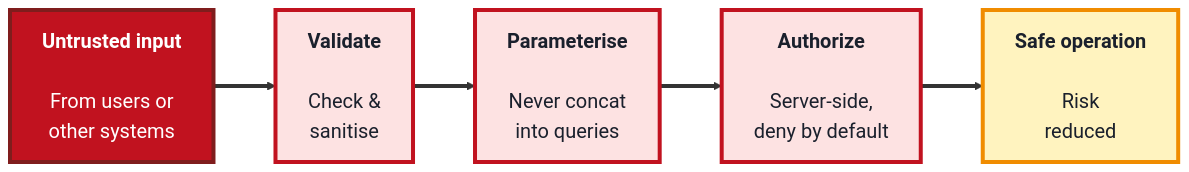
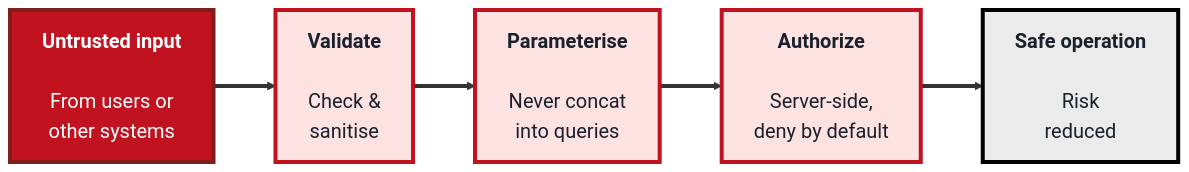
Before and after one commit to SHEMODELTECH/shemodeltech: the first of 2 diagrams in src/Pages/courses/TechGuard/module-8-secure-coding.md, drawn with Mermaid. The commit also changed other lines of this file and 46 other files, not shown here.

````diff
--- a/src/Pages/courses/TechGuard/module-8-secure-coding.md
+++ b/src/Pages/courses/TechGuard/module-8-secure-coding.md
@@ -20,18 +20,18 @@
 ```mermaid
 %%{init: {'theme':'base', 'themeVariables': {'fontSize':'20px', 'primaryTextColor':'#1a202c', 'primaryBorderColor':'#7f1d1d', 'lineColor':'#333333'}, 'flowchart': {'nodeSpacing': 50, 'rankSpacing': 62, 'padding': 16}}}%%
 flowchart LR
     IN["<b>Untrusted input</b><br/><br/>From users or<br/>other systems"]
     VAL["<b>Validate</b><br/><br/>Check &<br/>sanitise"]
     PAR["<b>Parameterise</b><br/><br/>Never concat<br/>into queries"]
     AUTHZ["<b>Authorize</b><br/><br/>Server-side,<br/>deny by default"]
     SAFE["<b>Safe operation</b><br/><br/>Risk<br/>reduced"]
 
     IN ==> VAL ==> PAR ==> AUTHZ ==> SAFE
 
     style IN fill:#c1121f,color:#fff,stroke:#7f1d1d,stroke-width:4px
     style VAL fill:#fde2e2,color:#1a202c,stroke:#c1121f,stroke-width:4px
     style PAR fill:#fde2e2,color:#1a202c,stroke:#c1121f,stroke-width:4px
     style AUTHZ fill:#fde2e2,color:#1a202c,stroke:#c1121f,stroke-width:4px
-    style SAFE fill:#fff3bf,color:#1a202c,stroke:#f08c00,stroke-width:4px
+    style SAFE fill:#EBEBEB,color:#1a202c,stroke:#000000,stroke-width:4px
     linkStyle default stroke-width:4px,stroke:#333333
 ```
````
